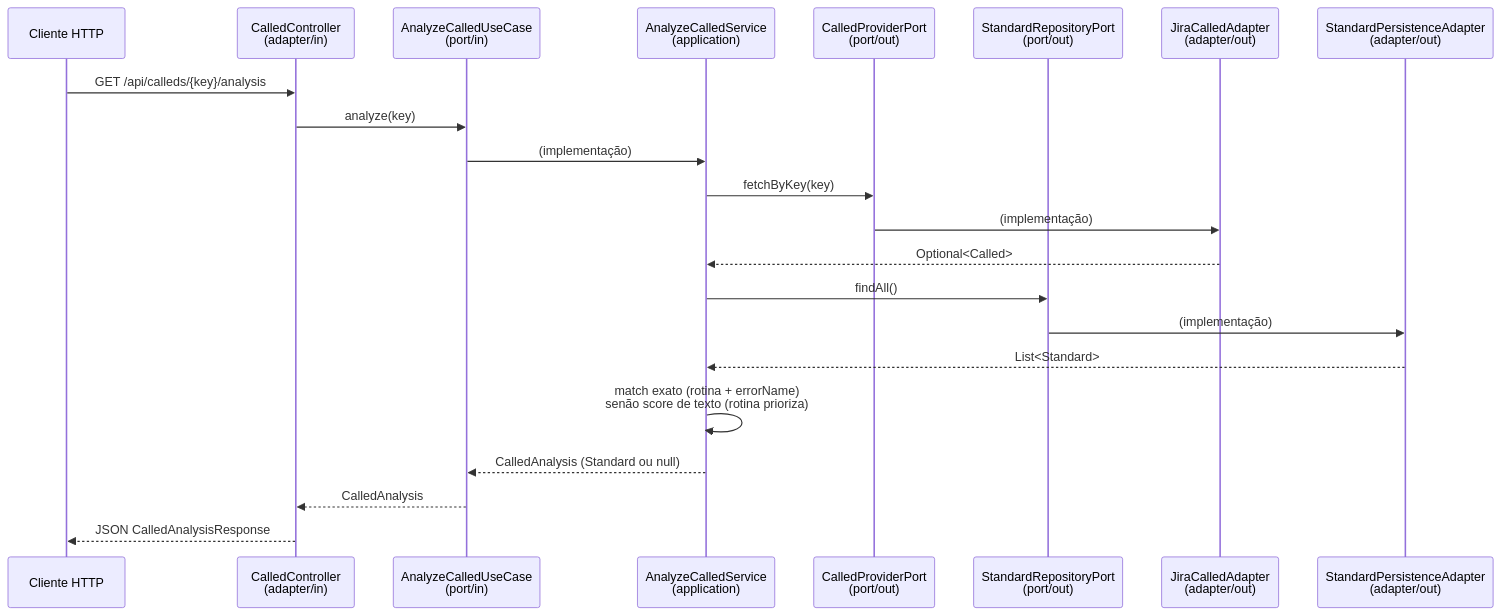
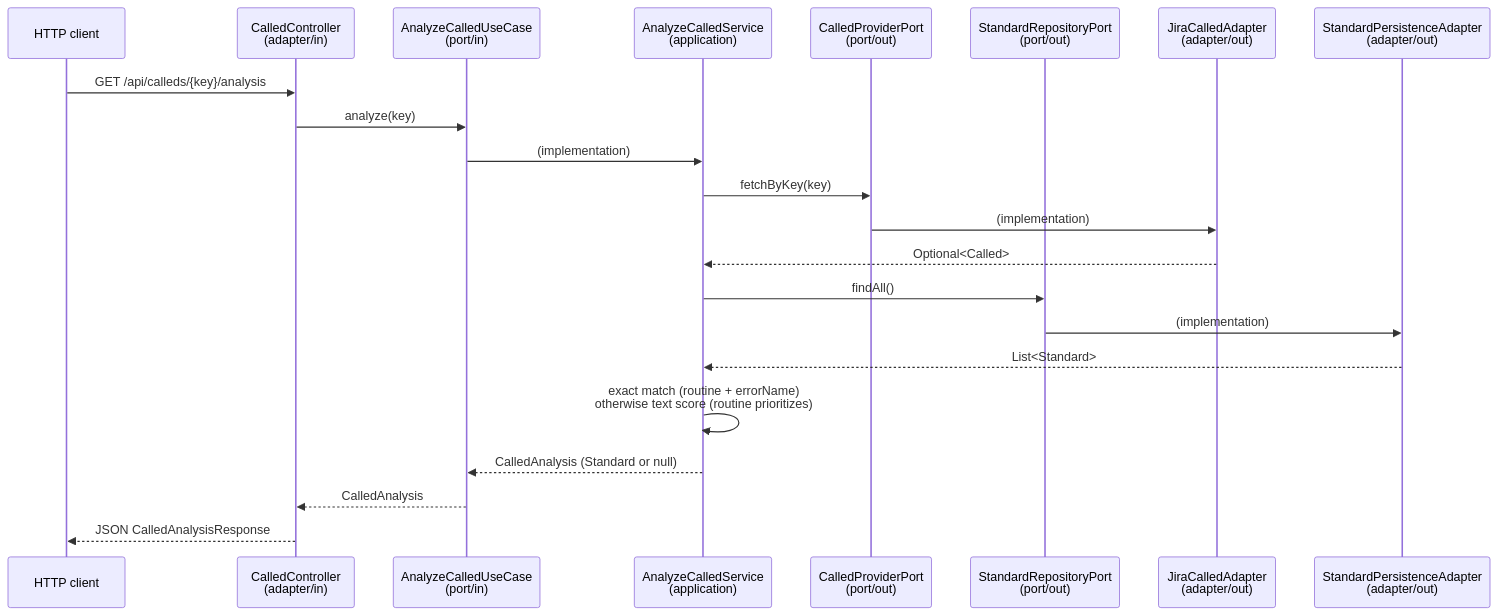
Before and after one commit to fkauanGIT/knowledgeSupport-api: the third of 3 diagrams in docs/ARCHITECTURE.md, drawn with Mermaid. The commit also changed other lines of this file and 5 other files, not shown here.

````diff
--- a/docs/ARCHITECTURE.md
+++ b/docs/ARCHITECTURE.md
@@ -152,25 +152,25 @@
 ```mermaid
 sequenceDiagram
-    participant C as Cliente HTTP
+    participant C as HTTP client
     participant CC as CalledController<br/>(adapter/in)
     participant UC as AnalyzeCalledUseCase<br/>(port/in)
     participant AS as AnalyzeCalledService<br/>(application)
     participant CP as CalledProviderPort<br/>(port/out)
     participant RP as StandardRepositoryPort<br/>(port/out)
     participant JA as JiraCalledAdapter<br/>(adapter/out)
     participant PA as StandardPersistenceAdapter<br/>(adapter/out)
 
     C->>CC: GET /api/calleds/{key}/analysis
     CC->>UC: analyze(key)
-    UC->>AS: (implementação)
+    UC->>AS: (implementation)
     AS->>CP: fetchByKey(key)
-    CP->>JA: (implementação)
+    CP->>JA: (implementation)
     JA-->>AS: Optional<Called>
     AS->>RP: findAll()
-    RP->>PA: (implementação)
+    RP->>PA: (implementation)
     PA-->>AS: List<Standard>
-    AS->>AS: match exato (rotina + errorName)<br/>senão score de texto (rotina prioriza)
-    AS-->>UC: CalledAnalysis (Standard ou null)
+    AS->>AS: exact match (routine + errorName)<br/>otherwise text score (routine prioritizes)
+    AS-->>UC: CalledAnalysis (Standard or null)
     UC-->>CC: CalledAnalysis
     CC-->>C: JSON CalledAnalysisResponse
 ```
````
